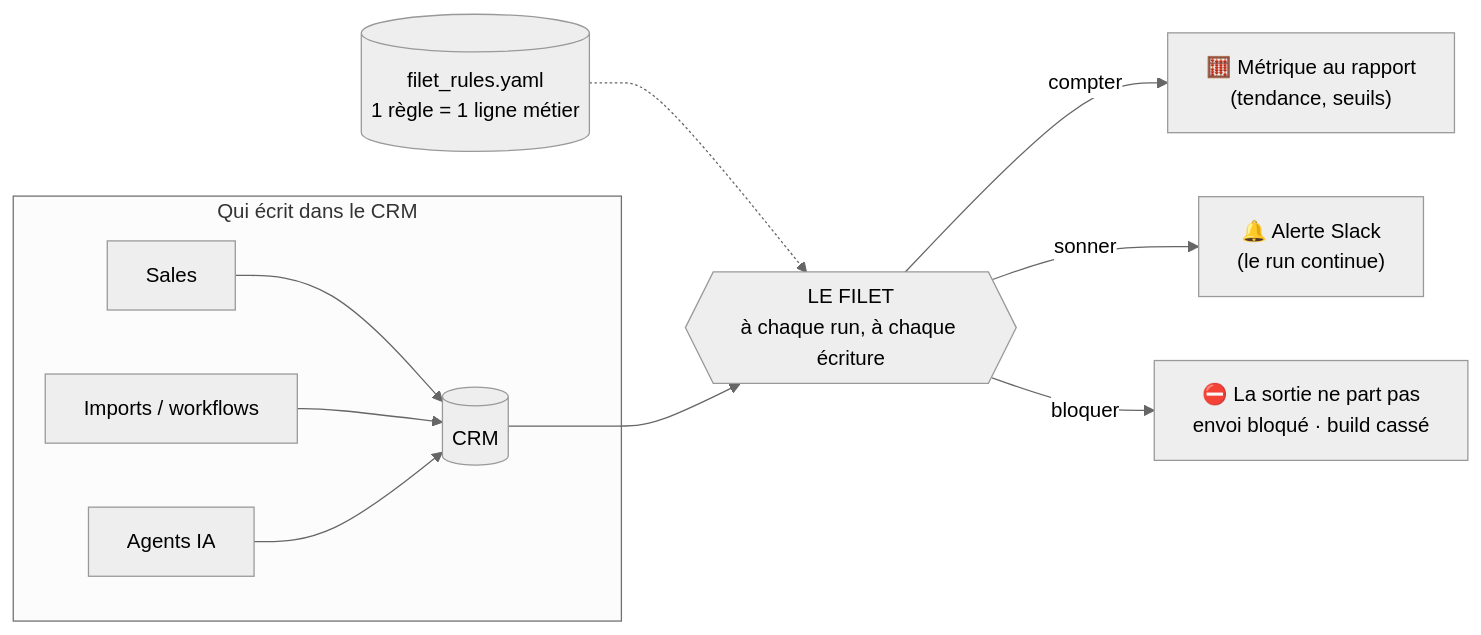
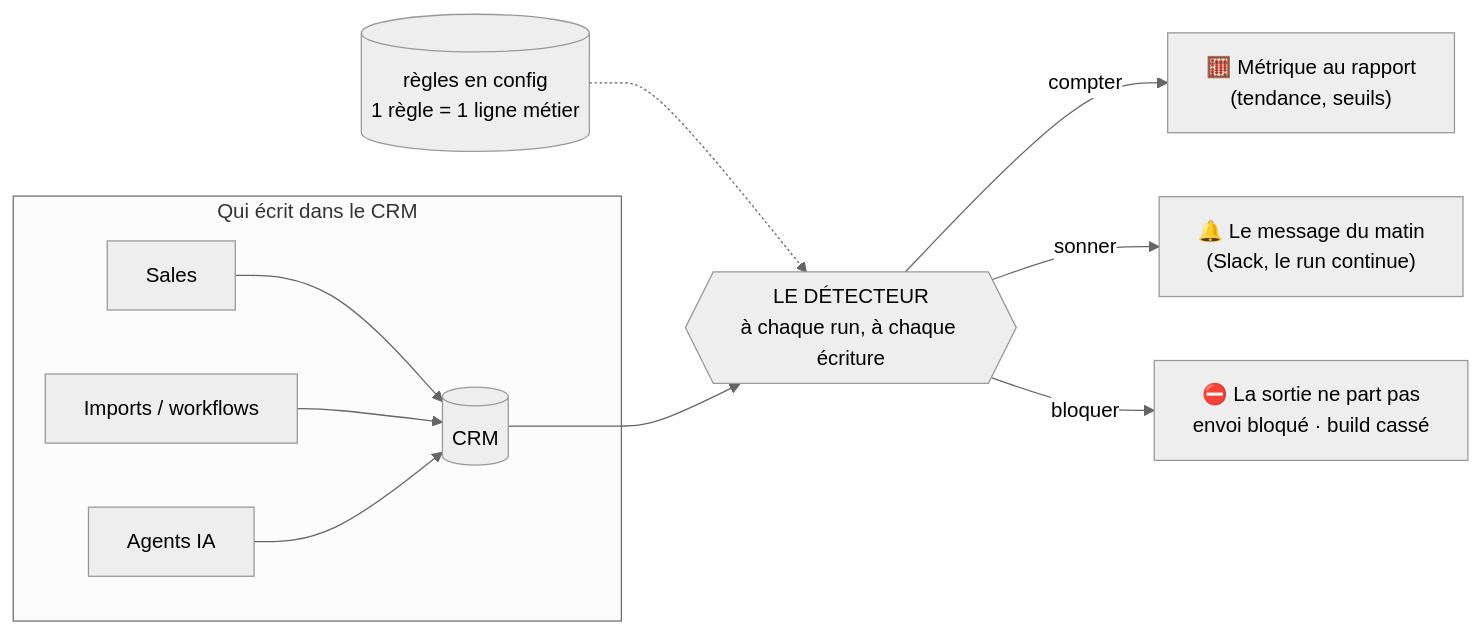
One commit to GhostHack616/wake-the-crm-data changed the diagram in docs/2b-le-filet.md. Above: the diagram before and after it, drawn with Mermaid (neutral theme). The commit also changed other lines of this file and 1 other file, not shown here.

First line of the commit message:
2b : le détecteur de fumée pour CRM — l'histoire validée par Romain

````diff
--- a/docs/2b-le-filet.md
+++ b/docs/2b-le-filet.md
@@ -17,13 +38,13 @@
 ```mermaid
 flowchart LR
     subgraph E["Qui écrit dans le CRM"]
         S1[Sales] --> CRM[(CRM)]
         S2[Imports / workflows] --> CRM
         S3[Agents IA] --> CRM
     end
-    R[("filet_rules.yaml<br/>1 règle = 1 ligne métier")] -.-> F{{"LE FILET<br/>à chaque run, à chaque écriture"}}
+    R[("règles en config<br/>1 règle = 1 ligne métier")] -.-> F{{"LE DÉTECTEUR<br/>à chaque run, à chaque écriture"}}
     CRM --> F
     F -->|compter| M["🧮 Métrique au rapport<br/>(tendance, seuils)"]
-    F -->|sonner| A["🔔 Alerte Slack<br/>(le run continue)"]
+    F -->|sonner| A["🔔 Le message du matin<br/>(Slack, le run continue)"]
     F -->|bloquer| B["⛔ La sortie ne part pas<br/>envoi bloqué · build cassé"]
 ```
````
